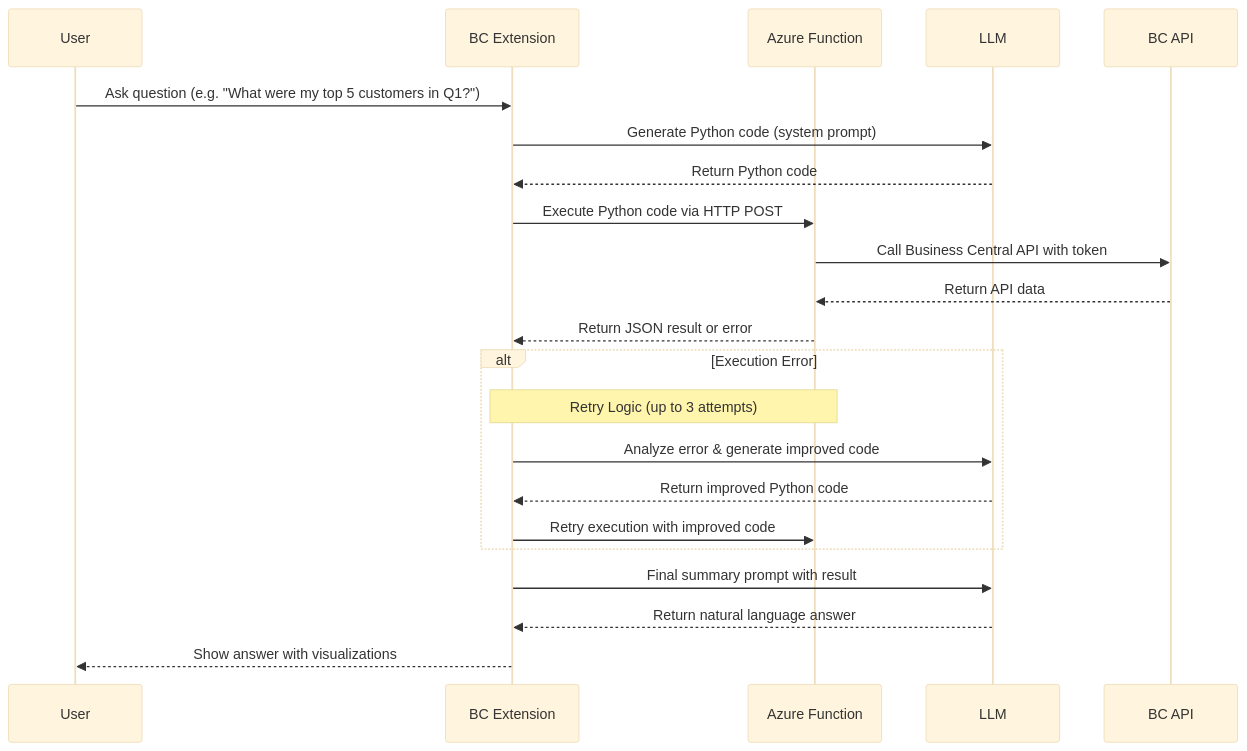
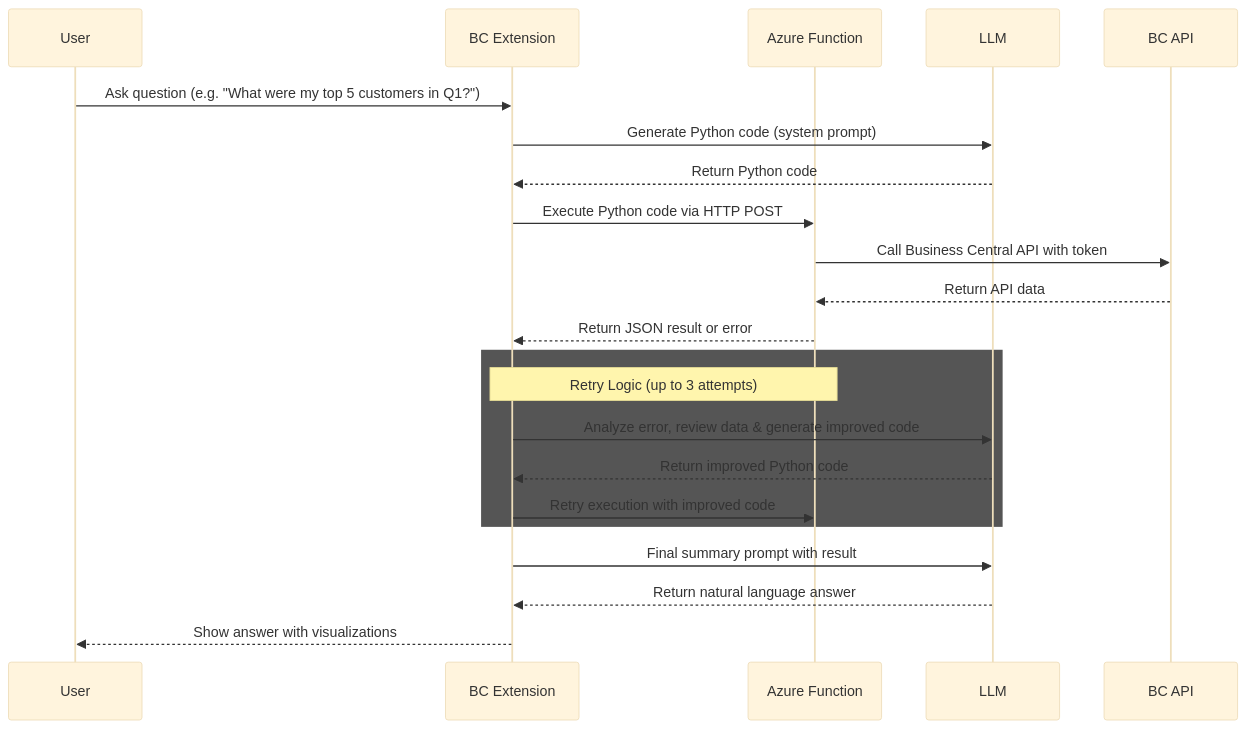
Before and after one commit to DmitryKatson/bc-code-interpreter: the diagram in README.md, drawn with Mermaid (base theme). The commit also changed other lines of this file, not shown here.

First line of the commit message:
Update README.md to refine sequence diagram and remove outdated sections

````diff
--- a/README.md
+++ b/README.md
@@ -23,28 +23,28 @@
 ```mermaid
 sequenceDiagram
     participant User
     participant BC Extension
     participant Azure Function
     participant LLM
     participant BC API
 
     User->>BC Extension: Ask question (e.g. "What were my top 5 customers in Q1?")
     BC Extension->>LLM: Generate Python code (system prompt)
     LLM-->>BC Extension: Return Python code
     
     BC Extension->>Azure Function: Execute Python code via HTTP POST
     Azure Function->>BC API: Call Business Central API with token
     BC API-->>Azure Function: Return API data
     Azure Function-->>BC Extension: Return JSON result or error
     
-    alt Execution Error
+    rect rgb(85, 85, 85)
         Note over BC Extension,Azure Function: Retry Logic (up to 3 attempts)
-        BC Extension->>LLM: Analyze error & generate improved code
+        BC Extension->>LLM: Analyze error, review data & generate improved code
         LLM-->>BC Extension: Return improved Python code
         BC Extension->>Azure Function: Retry execution with improved code
     end
     
     BC Extension->>LLM: Final summary prompt with result
     LLM-->>BC Extension: Return natural language answer
     BC Extension-->>User: Show answer with visualizations
 ```
````
